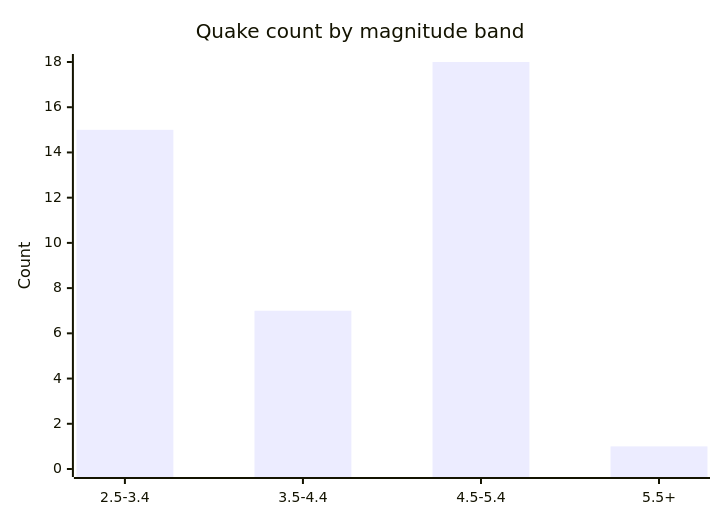
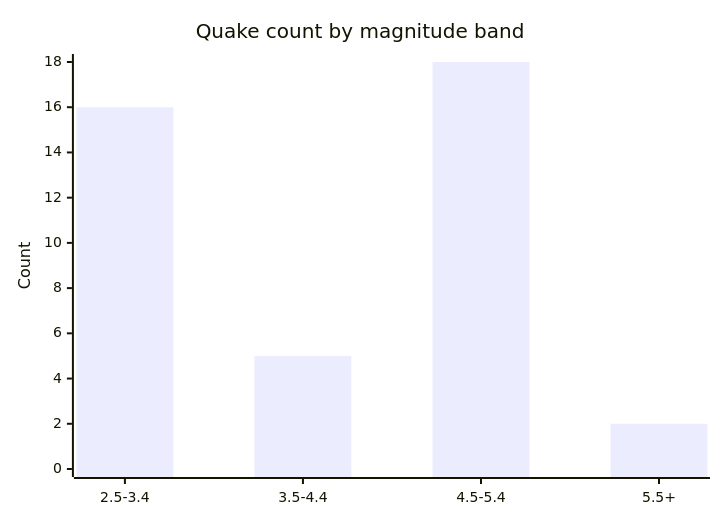
Before and after one commit to Midwest-Stratospheric/aerostratospheric-defense-gir: the fifth of 6 diagrams in docs/GRAPHS.md, drawn with Mermaid. The commit also changed other lines of this file and 24 other files, not shown here.

````diff
--- a/docs/GRAPHS.md
+++ b/docs/GRAPHS.md
@@ -82,7 +82,7 @@
 ```mermaid
 xychart-beta
   title "Quake count by magnitude band"
   x-axis ["2.5-3.4", "3.5-4.4", "4.5-5.4", "5.5+"]
   y-axis "Count" 0 --> 18
-  bar [15, 7, 18, 1]
+  bar [16, 5, 18, 2]
 ```
````
